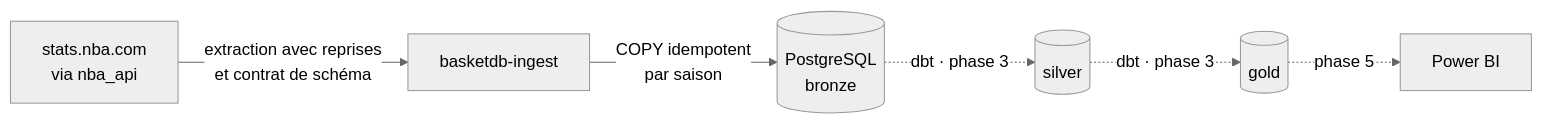
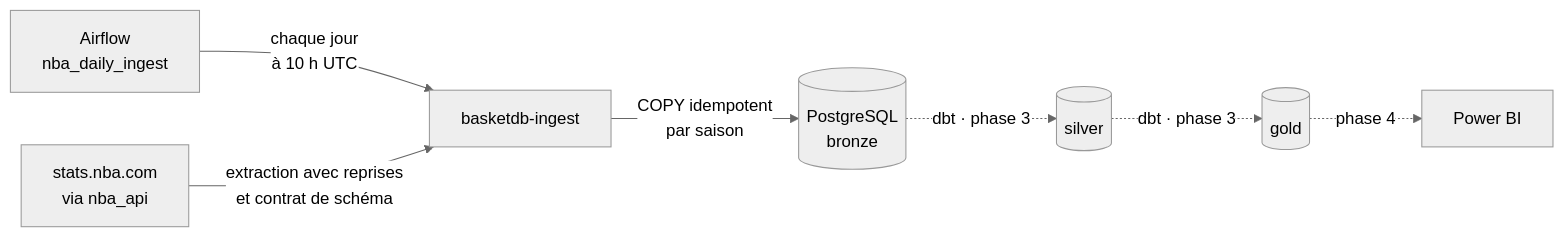
The diagram in README.md (ouahidyassine/basketdb-factory), drawn with Mermaid (neutral theme) before and after one commit. The commit also changed other lines of this file and 6 other files, not shown here.

````diff
--- a/README.md
+++ b/README.md
@@ -13,8 +13,9 @@
 ```mermaid
 flowchart LR
+    G[Airflow<br/>nba_daily_ingest] -->|chaque jour<br/>à 10 h UTC| B
     A[stats.nba.com<br/>via nba_api] -->|extraction avec reprises<br/>et contrat de schéma| B[basketdb-ingest]
     B -->|COPY idempotent<br/>par saison| C[(PostgreSQL<br/>bronze)]
     C -.->|dbt · phase 3| D[(silver)]
     D -.->|dbt · phase 3| E[(gold)]
-    E -.->|phase 5| F[Power BI]
+    E -.->|phase 4| F[Power BI]
 ```
````
